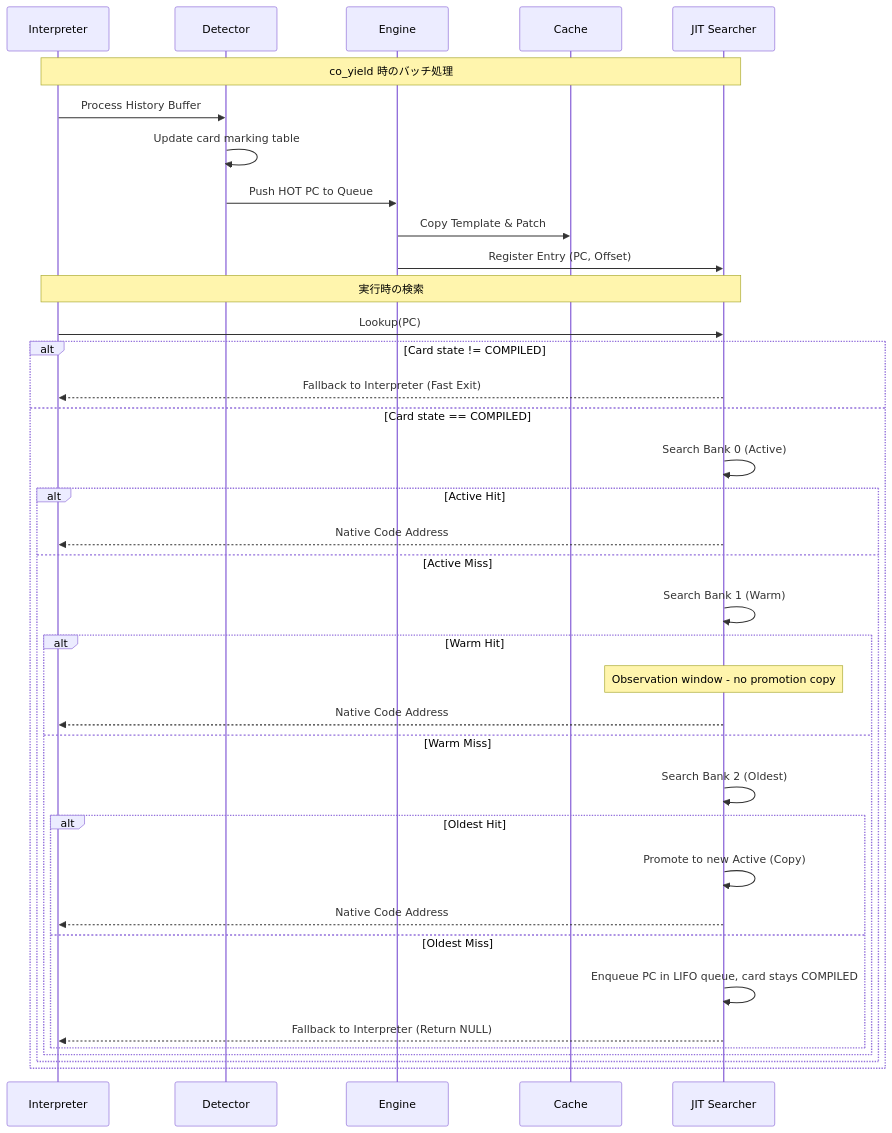
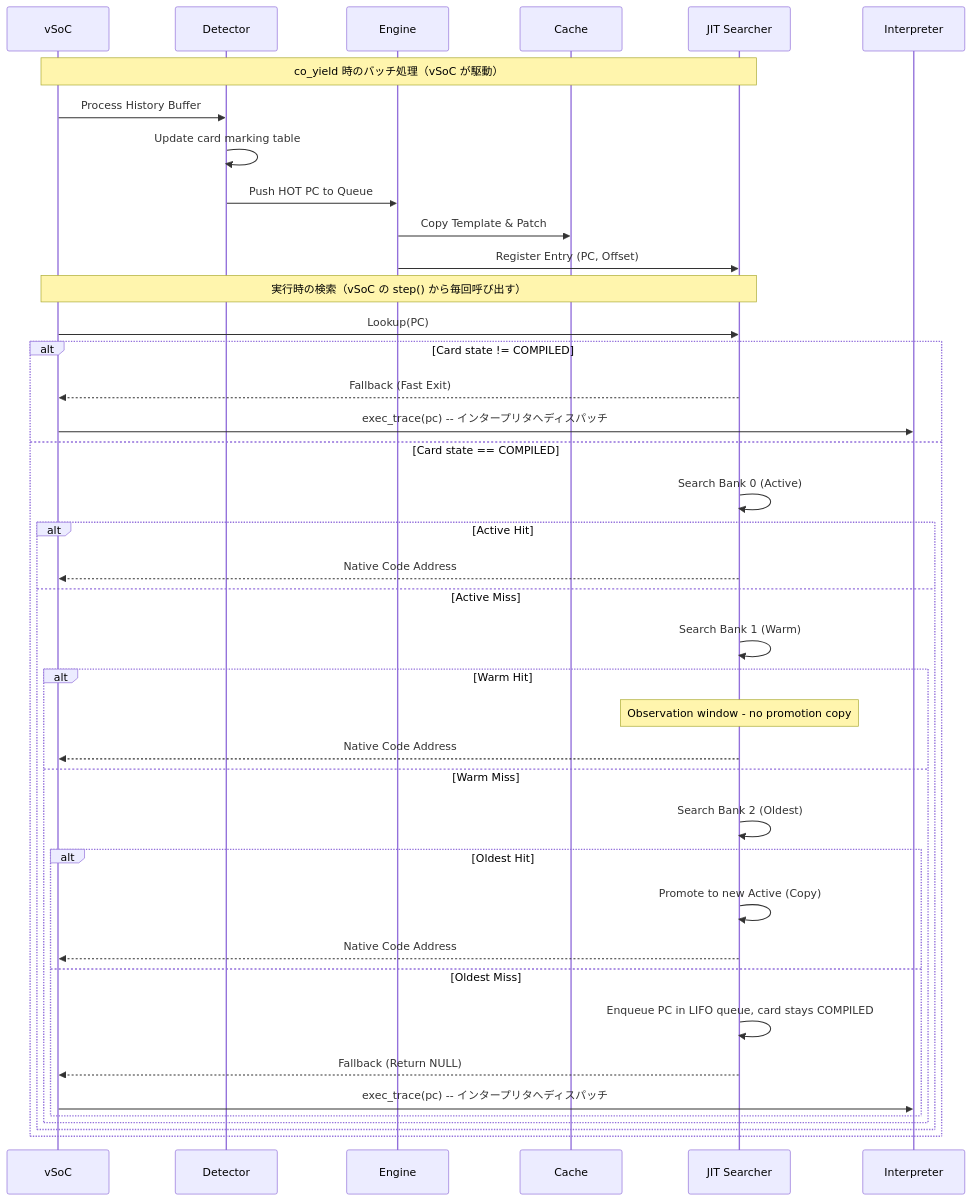
Before and after one commit to kmt-t/fireball: the fourth of 4 diagrams in docs/components/tier3_jit/jit_compiler.md, drawn with Mermaid. The commit also changed other lines of this file and 18 other files, not shown here.

````diff
--- a/docs/components/tier3_jit/jit_compiler.md
+++ b/docs/components/tier3_jit/jit_compiler.md
@@ -203,41 +204,44 @@
 ```mermaid
 sequenceDiagram
-    participant I as Interpreter
+    participant V as vSoC
     participant D as Detector
     participant E as Engine
     participant C as Cache
     participant S as JIT Searcher
+    participant I as Interpreter
 
-    Note over I, S: co_yield 時のバッチ処理
-    I->>D: Process History Buffer
+    Note over V, S: co_yield 時のバッチ処理（vSoC が駆動）
+    V->>D: Process History Buffer
     D->>D: Update card marking table
     D->>E: Push HOT PC to Queue
     E->>C: Copy Template & Patch
     E->>S: Register Entry (PC, Offset)
     
-    Note over I, S: 実行時の検索
-    I->>S: Lookup(PC)
+    Note over V, S: 実行時の検索（vSoC の step() から毎回呼び出す）
+    V->>S: Lookup(PC)
     alt Card state != COMPILED
-        S-->>I: Fallback to Interpreter (Fast Exit)
+        S-->>V: Fallback (Fast Exit)
+        V->>I: exec_trace(pc) -- インタープリタへディスパッチ
     else Card state == COMPILED
         S->>S: Search Bank 0 (Active)
         alt Active Hit
-            S-->>I: Native Code Address
+            S-->>V: Native Code Address
         else Active Miss
             S->>S: Search Bank 1 (Warm)
             alt Warm Hit
                 Note over S: Observation window - no promotion copy
-                S-->>I: Native Code Address
+                S-->>V: Native Code Address
             else Warm Miss
                 S->>S: Search Bank 2 (Oldest)
                 alt Oldest Hit
                     S->>S: Promote to new Active (Copy)
-                    S-->>I: Native Code Address
+                    S-->>V: Native Code Address
                 else Oldest Miss
                     S->>S: Enqueue PC in LIFO queue, card stays COMPILED
-                    S-->>I: Fallback to Interpreter (Return NULL)
+                    S-->>V: Fallback (Return NULL)
+                    V->>I: exec_trace(pc) -- インタープリタへディスパッチ
                 end
             end
         end
     end
 ```
````
